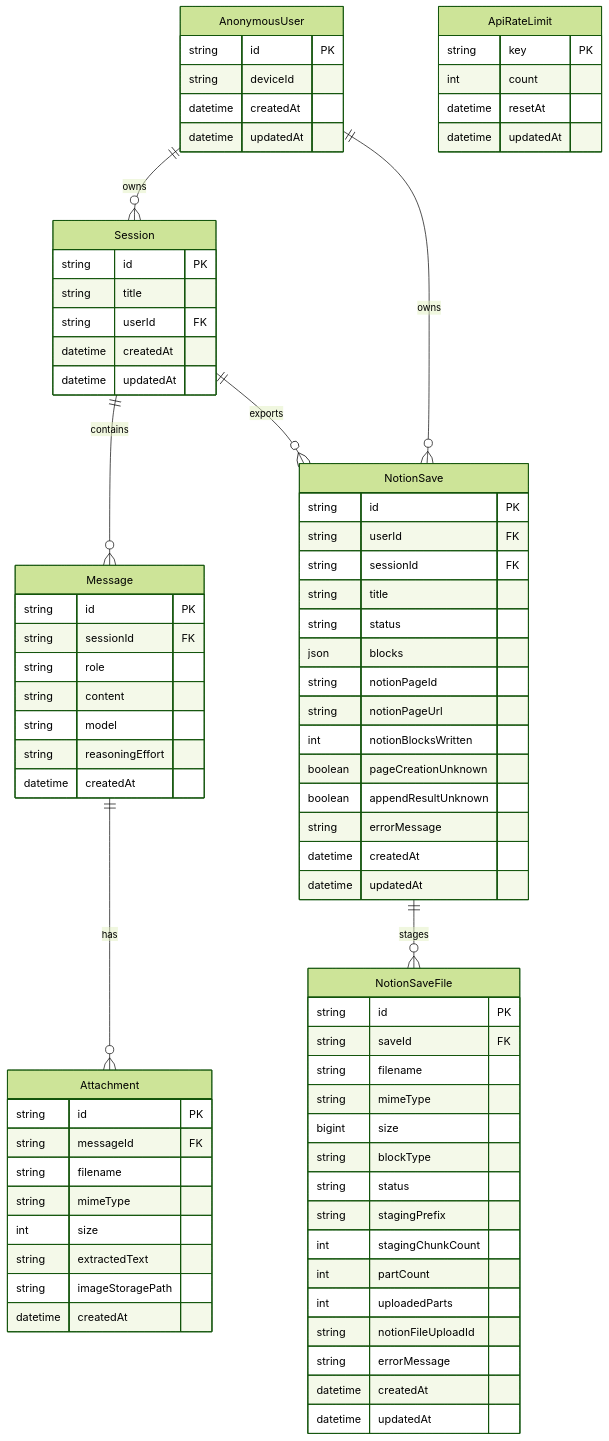
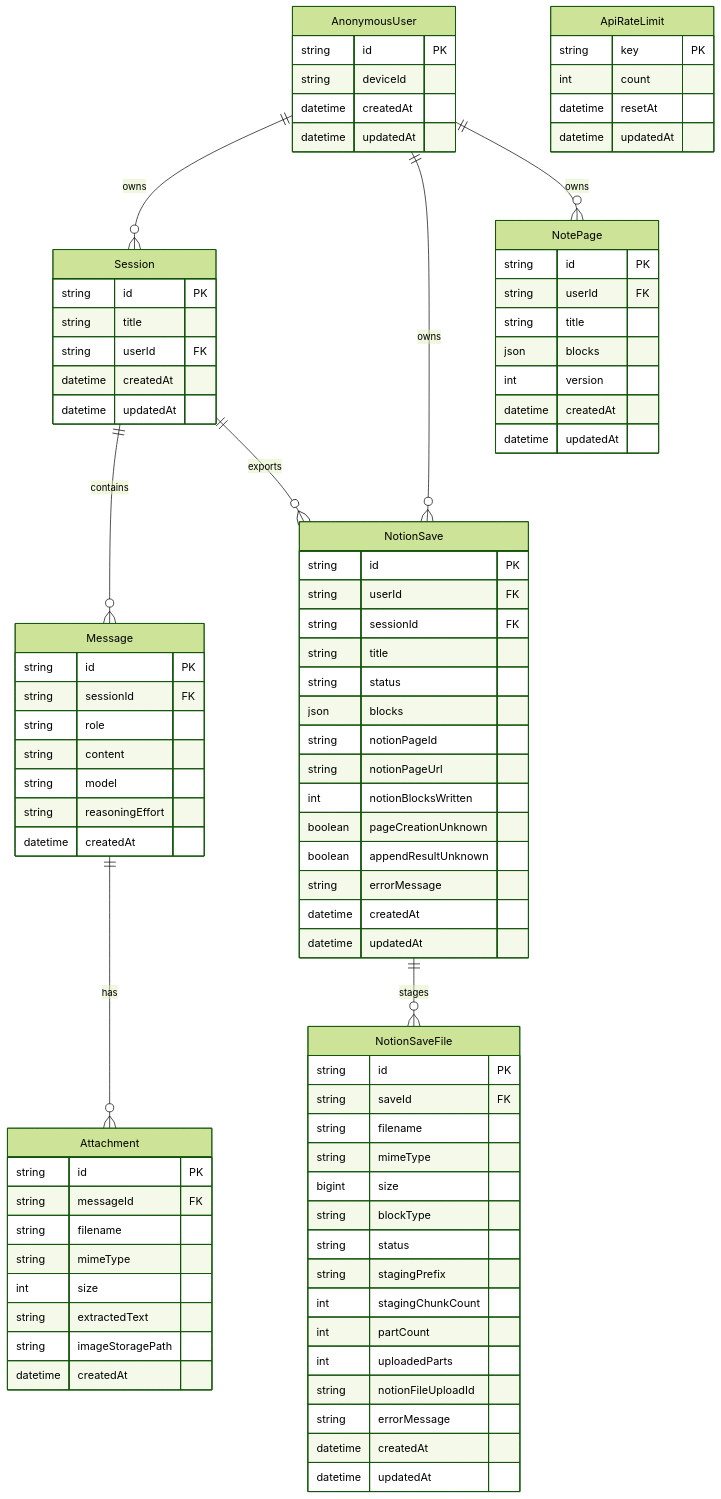
One commit to kakumine2001/NoteFable changed the diagram in docs/architecture/database.md. Above: the diagram before and after it, drawn with Mermaid (forest theme). The commit also changed other lines of this file and 24 other files, not shown here.

```diff
--- a/docs/architecture/database.md
+++ b/docs/architecture/database.md
@@ -59,12 +59,23 @@
     Session ||--o{ Message : contains
     Message ||--o{ Attachment : has
     AnonymousUser ||--o{ NotionSave : owns
+    AnonymousUser ||--o{ NotePage : owns
     Session ||--o{ NotionSave : exports
     NotionSave ||--o{ NotionSaveFile : stages
 
     AnonymousUser {
         string id PK
         string deviceId
+        datetime createdAt
+        datetime updatedAt
+    }
+
+    NotePage {
+        string id PK
+        string userId FK
+        string title
+        json blocks
+        int version
         datetime createdAt
         datetime updatedAt
     }
```
